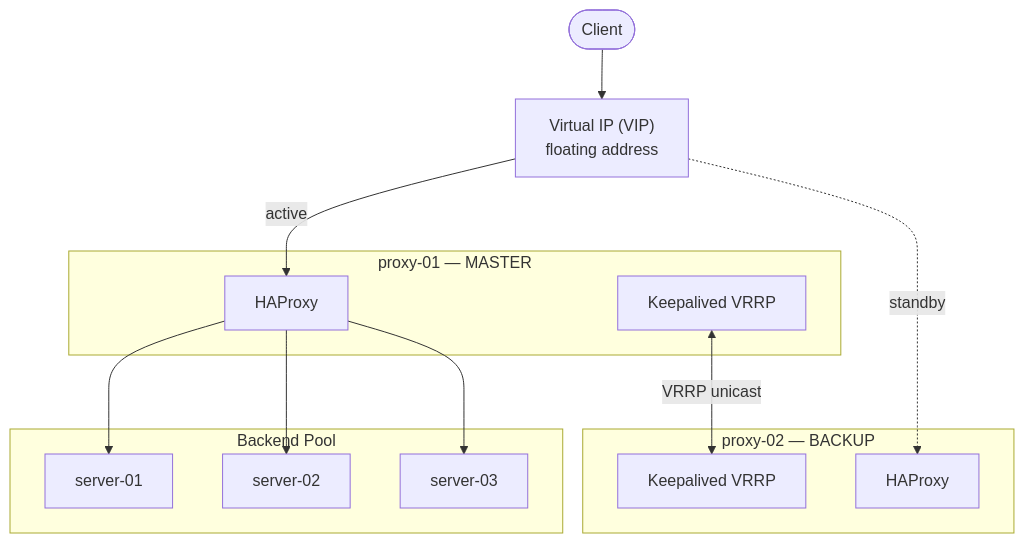
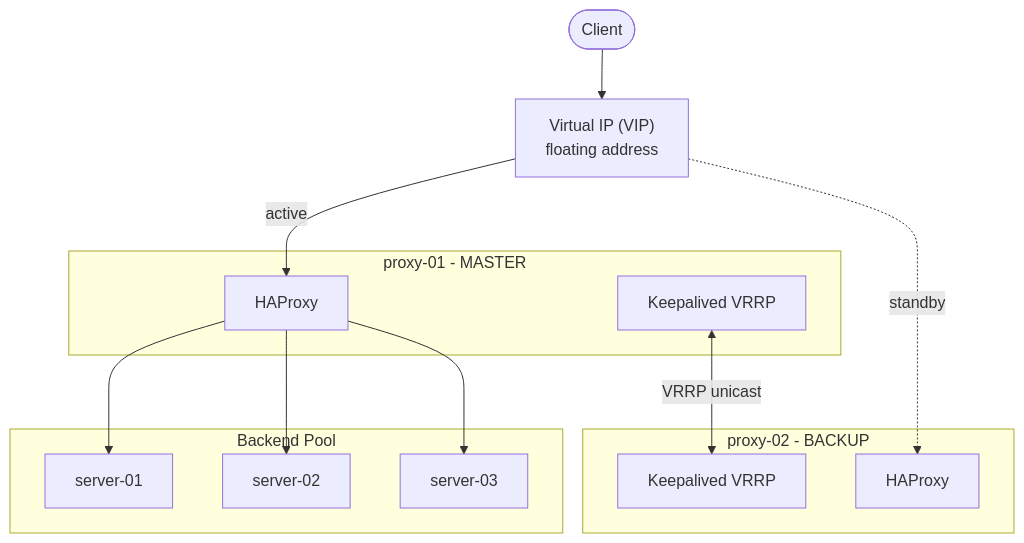
One commit to devopsgroupeu/ansible-role-haproxy-keepalived changed the diagram in README.md. Above: the diagram before and after it, drawn with Mermaid. The commit also changed other lines of this file and 58 other files, not shown here.

````diff
--- a/README.md
+++ b/README.md
@@ -164,27 +168,27 @@
 ```mermaid
 graph TD
     Client(["Client"])
     VIP["Virtual IP (VIP)\nfloating address"]
 
-    subgraph proxy-01 ["proxy-01 — MASTER"]
+    subgraph proxy-01 ["proxy-01 - MASTER"]
         H1["HAProxy"]
         K1["Keepalived VRRP"]
     end
 
-    subgraph proxy-02 ["proxy-02 — BACKUP"]
+    subgraph proxy-02 ["proxy-02 - BACKUP"]
         H2["HAProxy"]
         K2["Keepalived VRRP"]
     end
 
     subgraph backends ["Backend Pool"]
         B1["server-01"]
         B2["server-02"]
         B3["server-03"]
     end
 
     Client --> VIP
     VIP -->|"active"| H1
     VIP -.->|"standby"| H2
     H1 --> B1 & B2 & B3
     K1 <-->|"VRRP unicast"| K2
 ```
````
